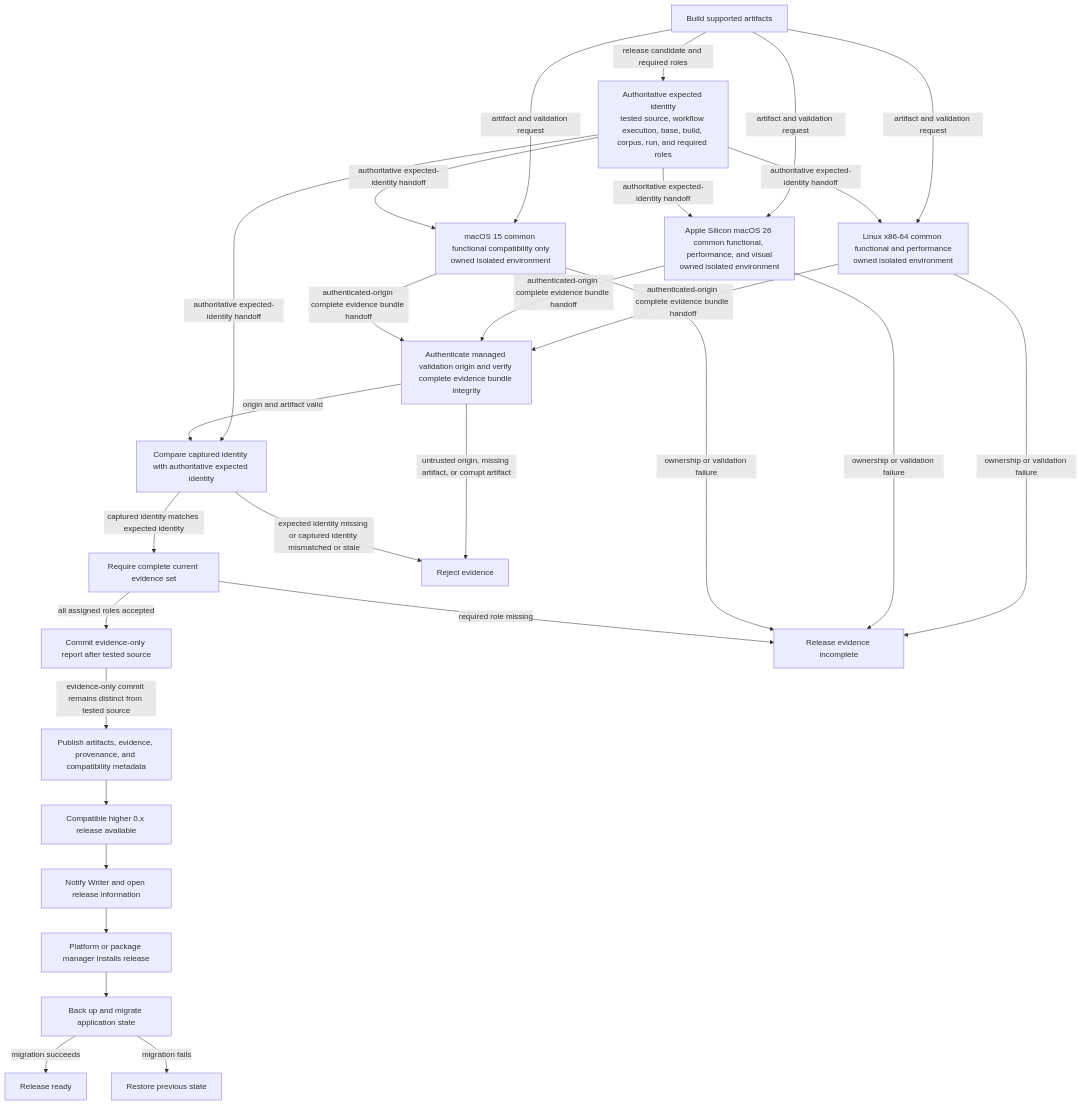
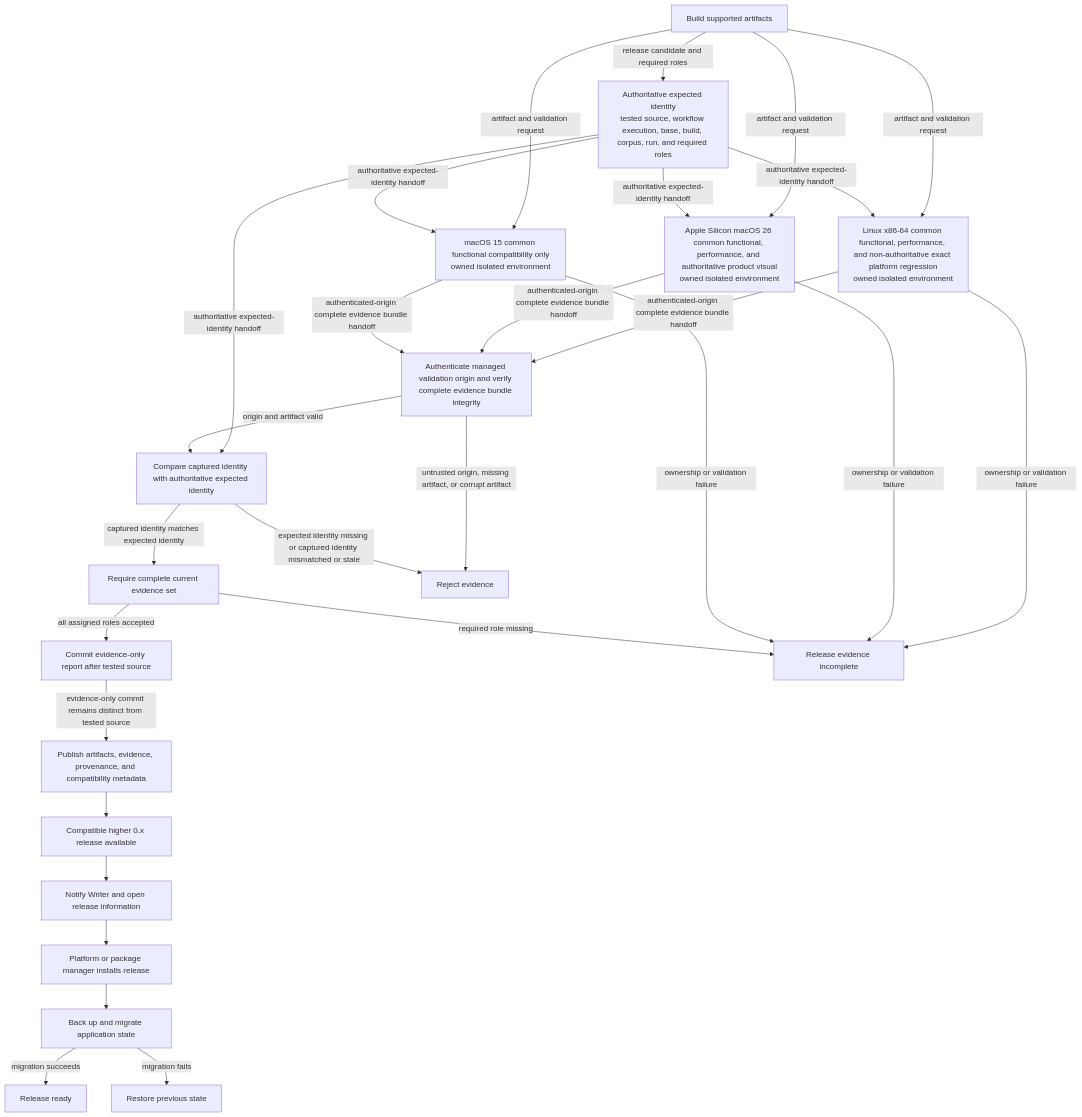
The diagram in .constitution/architecture/flows/flow-release.md (SkrOYC/burlmd), drawn with Mermaid before and after one commit. The commit also changed other lines of this file and 24 other files, not shown here.

````diff
--- a/.constitution/architecture/flows/flow-release.md
+++ b/.constitution/architecture/flows/flow-release.md
@@ -5,49 +5,49 @@
 ```mermaid
 flowchart TD
     Build[Build supported artifacts]
     Expected[Authoritative expected identity\ntested source, workflow execution, base, build, corpus, run, and required roles]
-    Linux[Linux x86-64 common functional and performance\nowned isolated environment]
-    MacReference[Apple Silicon macOS 26 common functional, performance, and visual\nowned isolated environment]
+    Linux[Linux x86-64 common functional, performance, and non-authoritative exact platform regression\nowned isolated environment]
+    MacReference[Apple Silicon macOS 26 common functional, performance, and authoritative product visual\nowned isolated environment]
     MacCompatibility[macOS 15 common functional compatibility only\nowned isolated environment]
     Integrity[Authenticate managed validation origin and verify complete evidence bundle integrity]
     Identity[Compare captured identity with authoritative expected identity]
     Complete[Require complete current evidence set]
     Report[Commit evidence-only report after tested source]
     Publish[Publish artifacts, evidence, provenance, and compatibility metadata]
     Available[Compatible higher 0.x release available]
     Notify[Notify Writer and open release information]
     PlatformInstall[Platform or package manager installs release]
     Migrating[Back up and migrate application state]
     Ready[Release ready]
     PreviousState[Restore previous state]
     Failed[Release evidence incomplete]
     Rejected[Reject evidence]
 
     Build -->|release candidate and required roles| Expected
     Build -->|artifact and validation request| Linux
     Build -->|artifact and validation request| MacReference
     Build -->|artifact and validation request| MacCompatibility
     Expected -->|authoritative expected-identity handoff| Linux
     Expected -->|authoritative expected-identity handoff| MacReference
     Expected -->|authoritative expected-identity handoff| MacCompatibility
     Expected -->|authoritative expected-identity handoff| Identity
     Linux -->|authenticated-origin complete evidence bundle handoff| Integrity
     MacReference -->|authenticated-origin complete evidence bundle handoff| Integrity
     MacCompatibility -->|authenticated-origin complete evidence bundle handoff| Integrity
     Linux -->|ownership or validation failure| Failed
     MacReference -->|ownership or validation failure| Failed
     MacCompatibility -->|ownership or validation failure| Failed
     Integrity -->|origin and artifact valid| Identity
     Integrity -->|untrusted origin, missing artifact, or corrupt artifact| Rejected
     Identity -->|captured identity matches expected identity| Complete
     Identity -->|expected identity missing or captured identity mismatched or stale| Rejected
     Complete -->|all assigned roles accepted| Report
     Complete -->|required role missing| Failed
     Report -->|evidence-only commit remains distinct from tested source| Publish
     Publish --> Available
     Available --> Notify
     Notify --> PlatformInstall
     PlatformInstall --> Migrating
     Migrating -->|migration succeeds| Ready
     Migrating -->|migration fails| PreviousState
 ```
````
